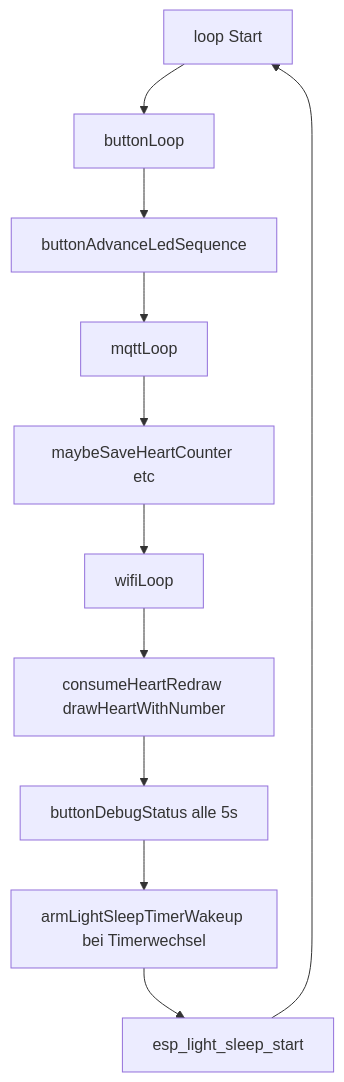
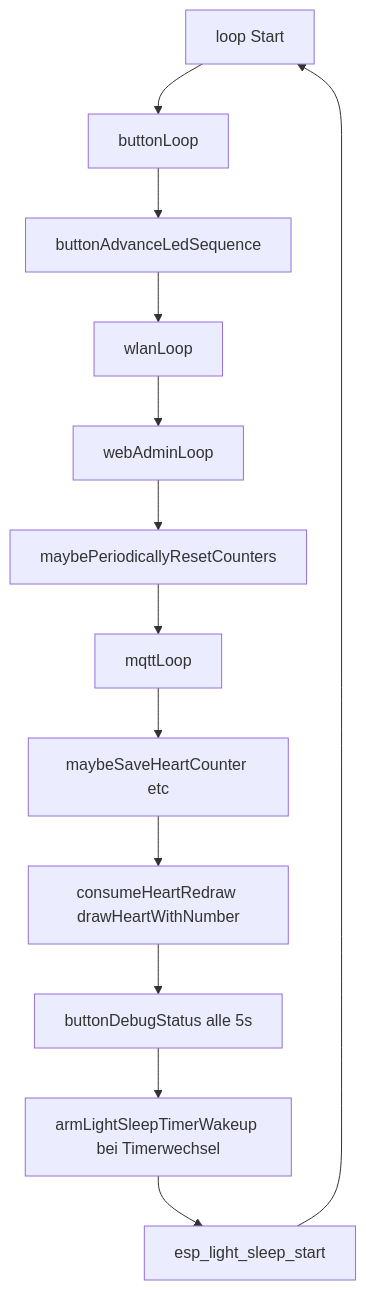
Before and after one commit to EyJunge1/chaya2mqtt: the fourth of 4 diagrams in docs/ARCHITECTURE.md, drawn with Mermaid. The commit also changed other lines of this file and 23 other files, not shown here.

````diff
--- a/docs/ARCHITECTURE.md
+++ b/docs/ARCHITECTURE.md
@@ -131,15 +132,17 @@
 ```mermaid
 flowchart TD
     start[loop Start]
     btn[buttonLoop]
     led[buttonAdvanceLedSequence]
-    wl[wifiLoop]
+    wl[wlanLoop]
+    web[webAdminLoop]
+    cnt[maybePeriodicallyResetCounters]
     mq[mqttLoop]
     save[maybeSaveHeartCounter etc]
     redraw[consumeHeartRedraw drawHeartWithNumber]
     dbg[buttonDebugStatus alle 5s]
     arm[armLightSleepTimerWakeup bei Timerwechsel]
     wait[esp_light_sleep_start]
 
-    start --> btn --> led --> mq --> save --> wl --> redraw --> dbg --> arm --> wait --> start
+    start --> btn --> led --> wl --> web --> cnt --> mq --> save --> redraw --> dbg --> arm --> wait --> start
 ```
````
